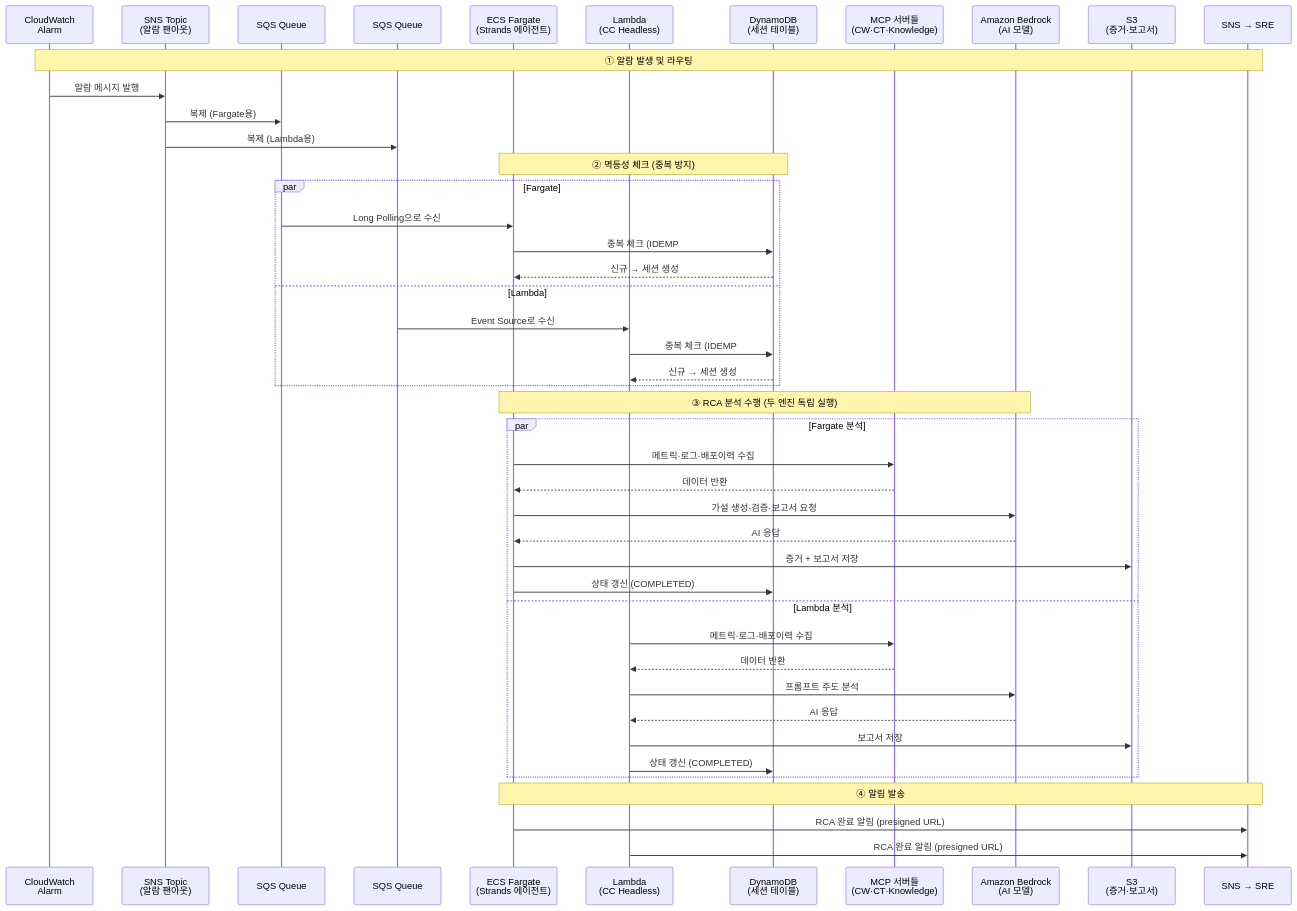
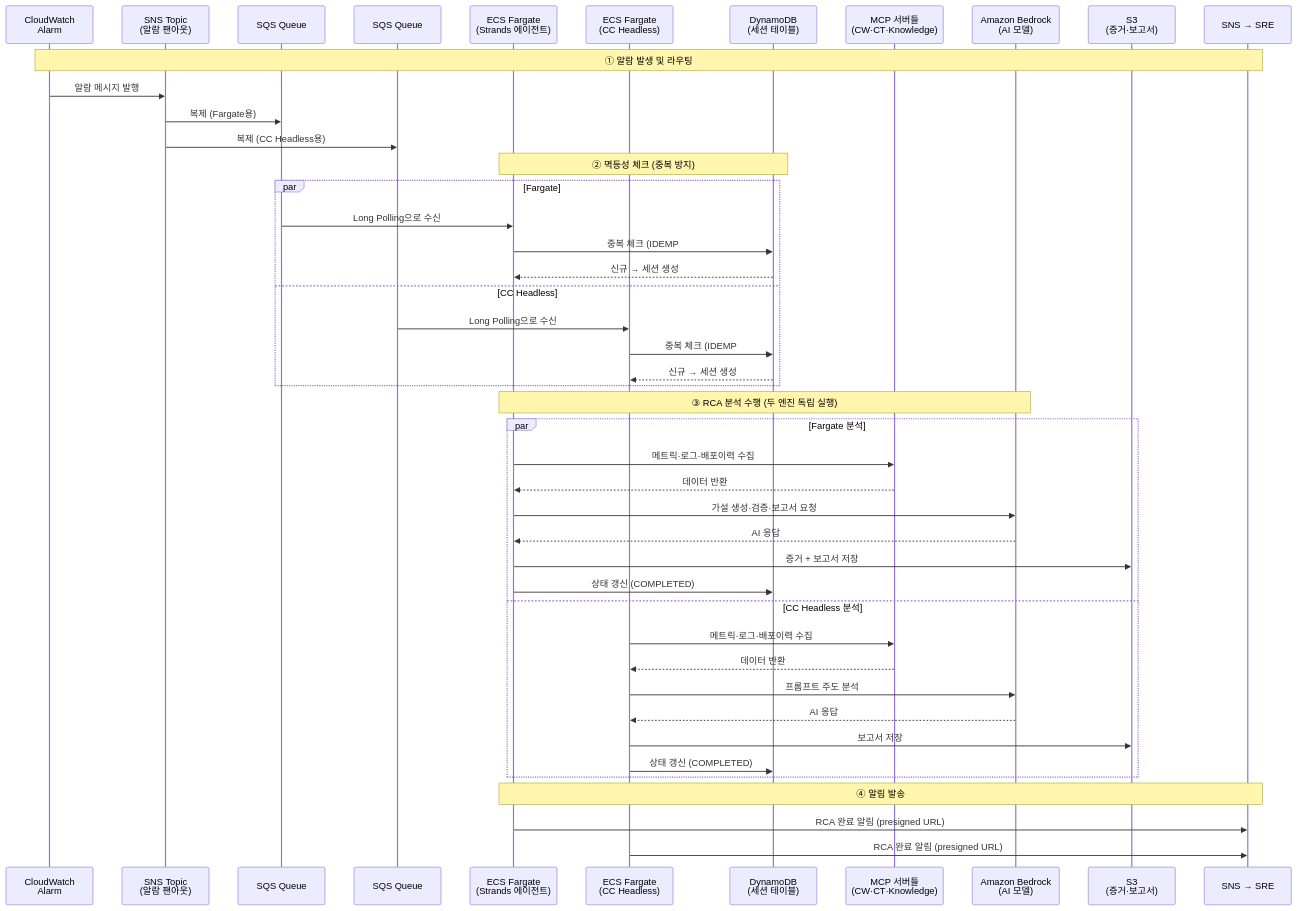
One commit to haandol/rca-agent changed the fourth of 19 diagrams in docs/system-guide-for-ops.md. Above: the diagram before and after it, drawn with Mermaid. The commit also changed other lines of this file and 2 other files, not shown here.

First line of the commit message:
docs: README 시크릿 설정·인프라 배포 섹션 추가, CC Headless Lambda→Fargate 반영

````diff
--- a/docs/system-guide-for-ops.md
+++ b/docs/system-guide-for-ops.md
@@ -193,51 +193,51 @@
 ```mermaid
 sequenceDiagram
     participant CW as CloudWatch<br/>Alarm
     participant SNS as SNS Topic<br/>(알람 팬아웃)
     participant SQS1 as SQS Queue #1<br/>(Fargate용)
-    participant SQS2 as SQS Queue #2<br/>(Lambda용)
+    participant SQS2 as SQS Queue #2<br/>(CC Headless용)
     participant ECS as ECS Fargate<br/>(Strands 에이전트)
-    participant LAM as Lambda<br/>(CC Headless)
+    participant CCH as ECS Fargate<br/>(CC Headless)
     participant DDB as DynamoDB<br/>(세션 테이블)
     participant MCP as MCP 서버들<br/>(CW·CT·Knowledge)
     participant BED as Amazon Bedrock<br/>(AI 모델)
     participant S3 as S3<br/>(증거·보고서)
     participant NOTIFY as SNS → SRE
 
     Note over CW,NOTIFY: ① 알람 발생 및 라우팅
     CW->>SNS: 알람 메시지 발행
     SNS->>SQS1: 복제 (Fargate용)
-    SNS->>SQS2: 복제 (Lambda용)
+    SNS->>SQS2: 복제 (CC Headless용)
 
     Note over ECS,DDB: ② 멱등성 체크 (중복 방지)
     par Fargate
         SQS1->>ECS: Long Polling으로 수신
         ECS->>DDB: 중복 체크 (IDEMP# 키)
         DDB-->>ECS: 신규 → 세션 생성
-    and Lambda
-        SQS2->>LAM: Event Source로 수신
-        LAM->>DDB: 중복 체크 (IDEMP# 키)
-        DDB-->>LAM: 신규 → 세션 생성
+    and CC Headless
+        SQS2->>CCH: Long Polling으로 수신
+        CCH->>DDB: 중복 체크 (IDEMP# 키)
+        DDB-->>CCH: 신규 → 세션 생성
     end
 
     Note over ECS,BED: ③ RCA 분석 수행 (두 엔진 독립 실행)
     par Fargate 분석
         ECS->>MCP: 메트릭·로그·배포이력 수집
         MCP-->>ECS: 데이터 반환
         ECS->>BED: 가설 생성·검증·보고서 요청
         BED-->>ECS: AI 응답
         ECS->>S3: 증거 + 보고서 저장
         ECS->>DDB: 상태 갱신 (COMPLETED)
-    and Lambda 분석
-        LAM->>MCP: 메트릭·로그·배포이력 수집
-        MCP-->>LAM: 데이터 반환
-        LAM->>BED: 프롬프트 주도 분석
-        BED-->>LAM: AI 응답
-        LAM->>S3: 보고서 저장
-        LAM->>DDB: 상태 갱신 (COMPLETED)
+    and CC Headless 분석
+        CCH->>MCP: 메트릭·로그·배포이력 수집
+        MCP-->>CCH: 데이터 반환
+        CCH->>BED: 프롬프트 주도 분석
+        BED-->>CCH: AI 응답
+        CCH->>S3: 보고서 저장
+        CCH->>DDB: 상태 갱신 (COMPLETED)
     end
 
     Note over ECS,NOTIFY: ④ 알림 발송
     ECS->>NOTIFY: RCA 완료 알림 (presigned URL)
-    LAM->>NOTIFY: RCA 완료 알림 (presigned URL)
+    CCH->>NOTIFY: RCA 완료 알림 (presigned URL)
 ```
````
